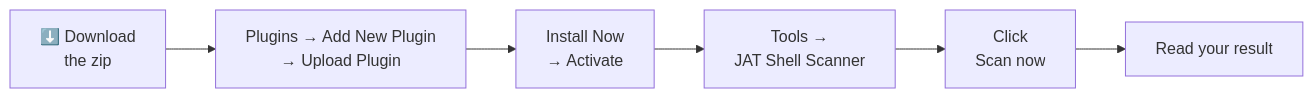
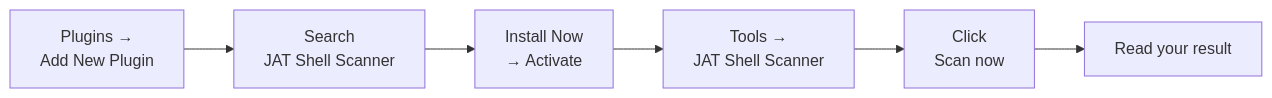
Before and after one commit to CptNope/JAT-Shell-Scanner: the fourth of 17 diagrams in README.md, drawn with Mermaid. The commit also changed other lines of this file and 5 other files, not shown here.

````diff
--- a/README.md
+++ b/README.md
@@ -216,8 +217,8 @@
 ```mermaid
 flowchart LR
-    A["⬇️ Download<br/>the zip"] --> B["Plugins → Add New Plugin<br/>→ Upload Plugin"]
+    A["Plugins →<br/>Add New Plugin"] --> B["Search<br/>JAT Shell Scanner"]
     B --> C["Install Now<br/>→ Activate"]
     C --> D["Tools →<br/>JAT Shell Scanner"]
     D --> E["Click<br/>Scan now"]
     E --> F["Read your result"]
 ```
````
